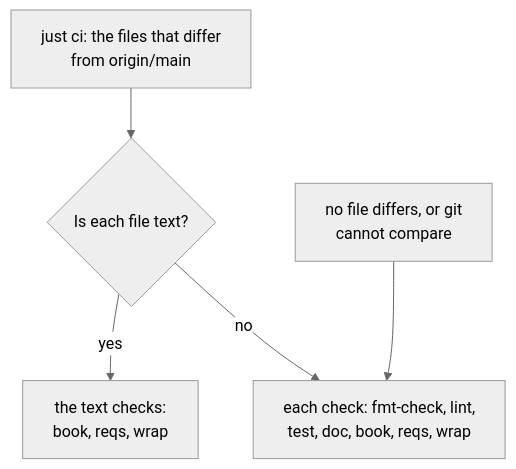
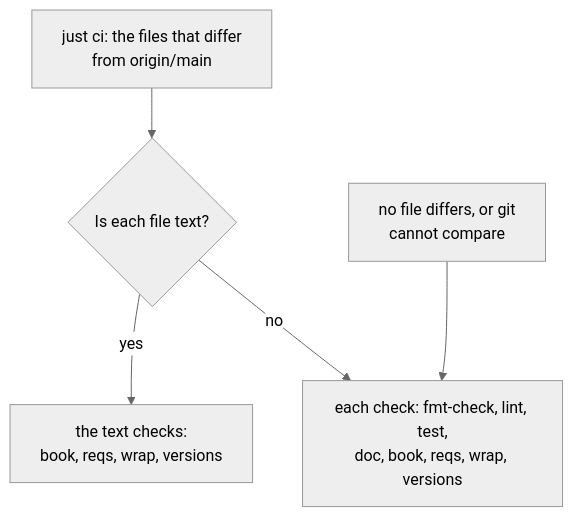
One commit to como-technologies/riff changed the second of 41 diagrams in docs/src/development.md. Above: the diagram before and after it, drawn with Mermaid (neutral theme). The commit also changed other lines of this file and 43 other files, not shown here.

First line of the commit message:
Texts, rustdoc and the book name no version of riff, and a check refuses a version name (#1403)

````diff
--- a/docs/src/development.md
+++ b/docs/src/development.md
@@ -70,7 +70,7 @@
 ```mermaid
 flowchart TD
     D["just ci: the files that differ<br/>from origin/main"] --> T{"Is each file text?"}
-    T -- yes --> X["the text checks:<br/>book, reqs, wrap"]
-    T -- no --> F["each check: fmt-check, lint,<br/>test, doc, book, reqs, wrap"]
+    T -- yes --> X["the text checks:<br/>book, reqs, wrap, versions"]
+    T -- no --> F["each check: fmt-check, lint, test,<br/>doc, book, reqs, wrap, versions"]
     N["no file differs, or git<br/>cannot compare"] --> F
 ```
````
